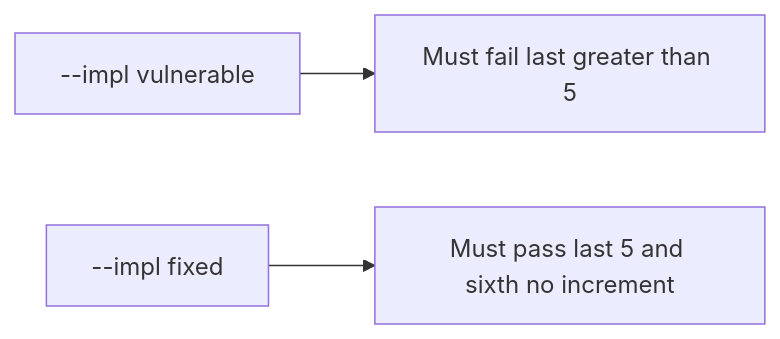
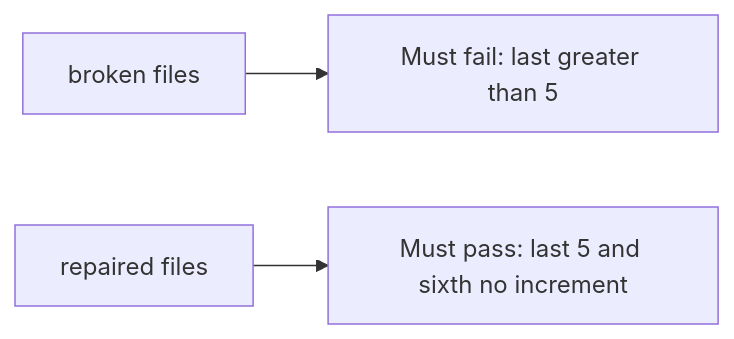
One commit to ishitvagoel/LearnSecurity changed the diagram in content/modules/3/3.4/lessons/05-verify.md. Above: the diagram before and after it, drawn with Mermaid. The commit also changed other lines of this file and 31 other files, not shown here.

````diff
--- a/content/modules/3/3.4/lessons/05-verify.md
+++ b/content/modules/3/3.4/lessons/05-verify.md
@@ -15,5 +14,5 @@
 ```mermaid
 flowchart LR
-  V["--impl vulnerable"] --> F["Must fail last greater than 5"]
-  X["--impl fixed"] --> P["Must pass last 5 and sixth no increment"]
+  V["broken files"] --> F["Must fail: last greater than 5"]
+  X["repaired files"] --> P["Must pass: last 5 and sixth no increment"]
 ```
````
